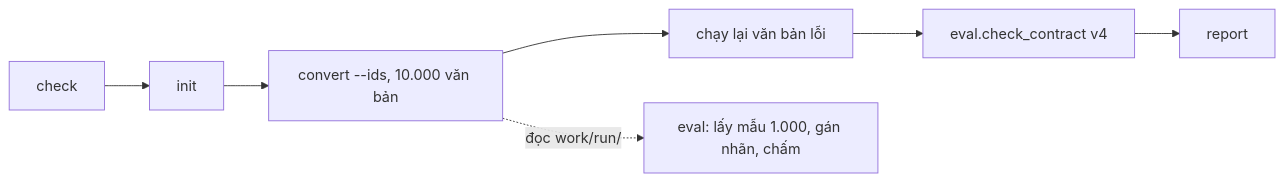
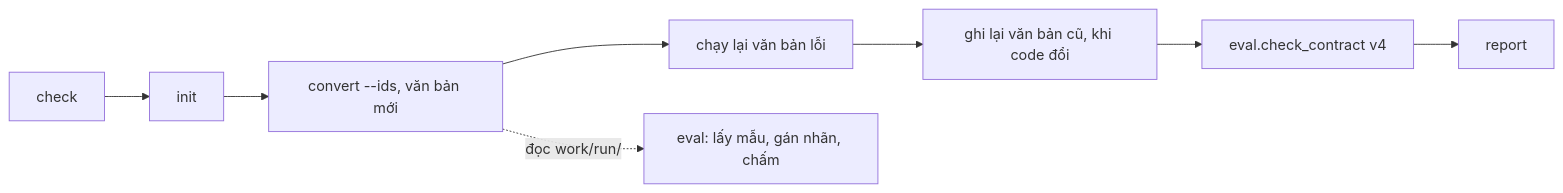
Before and after one commit to Vuminhnhat11224897/data_conversion: the second of 3 diagrams in docs/02-luong-hoat-dong.md, drawn with Mermaid. The commit also changed other lines of this file and 16 other files, not shown here.

````diff
--- a/docs/02-luong-hoat-dong.md
+++ b/docs/02-luong-hoat-dong.md
@@ -43,5 +43,5 @@
 ```mermaid
 flowchart LR
-  A[check] --> B[init] --> C["convert --ids, 10.000 văn bản"] --> D["chạy lại văn bản lỗi"] --> E["eval.check_contract v4"] --> F[report]
-  C -.->|đọc work/run/| G["eval: lấy mẫu 1.000, gán nhãn, chấm"]
+  A[check] --> B[init] --> C["convert --ids, văn bản mới"] --> D["chạy lại văn bản lỗi"] --> R["ghi lại văn bản cũ, khi code đổi"] --> E["eval.check_contract v4"] --> F[report]
+  C -.->|đọc work/run/| G["eval: lấy mẫu, gán nhãn, chấm"]
 ```
````
